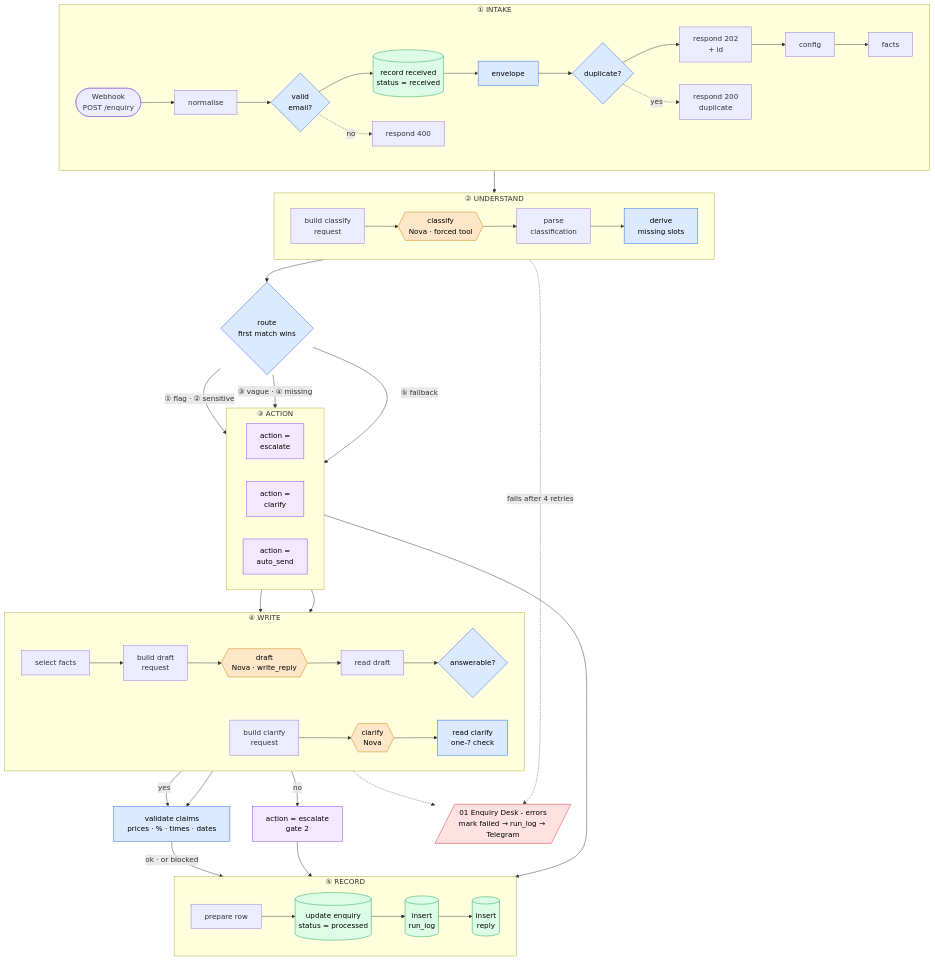
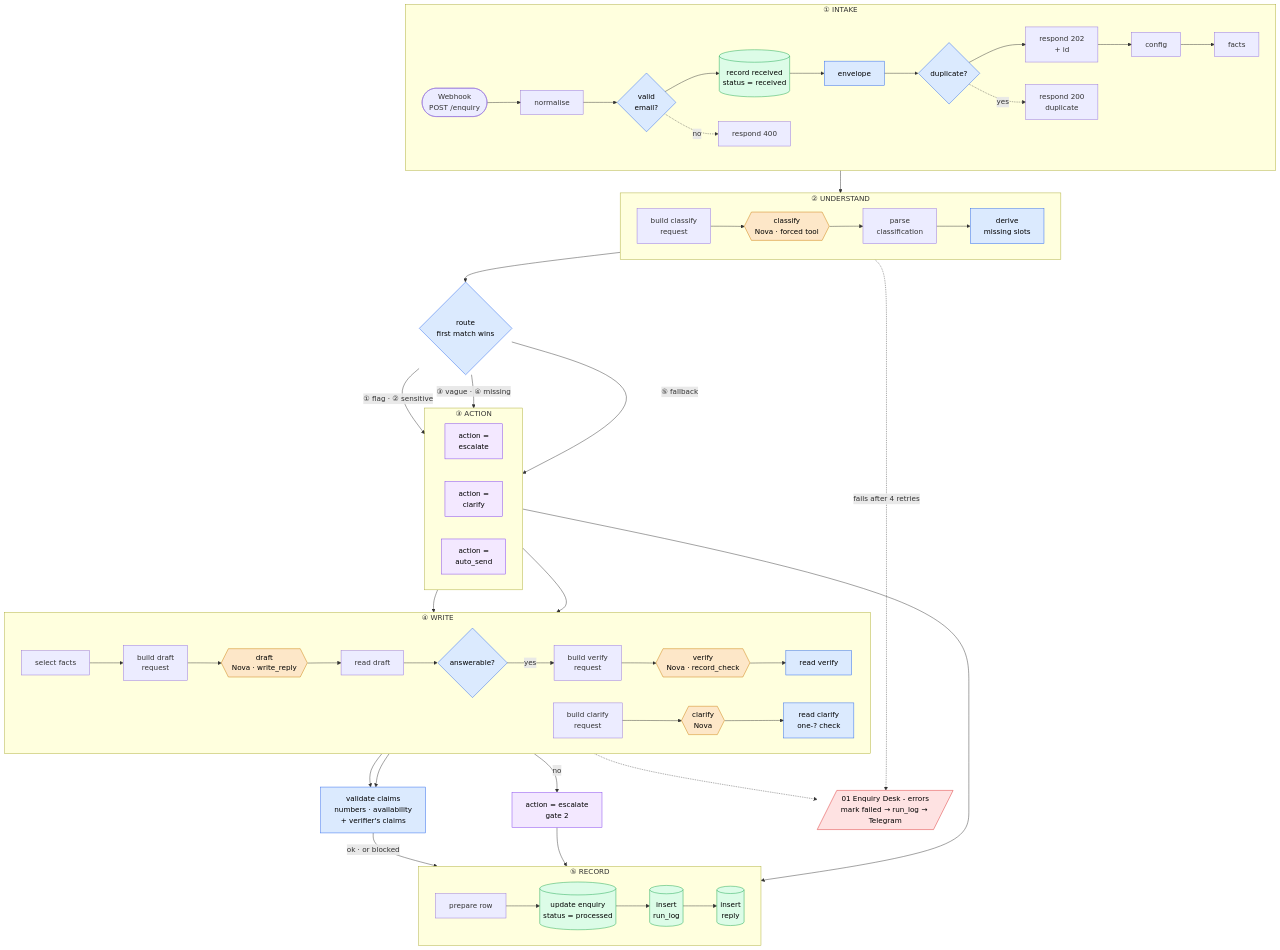
The diagram in STATE.md (deeowemez/enquiry-desk), drawn with Mermaid before and after one commit. The commit also changed other lines of this file and 3 other files, not shown here.

First line of the commit message:
Close the free-text claims gap: verifier model + availability backstop; relabel t22

````diff
--- a/STATE.md
+++ b/STATE.md
@@ -34,66 +34,68 @@
 ```mermaid
 flowchart TB
   subgraph S1["① INTAKE"]
     direction LR
     W([Webhook<br/>POST /enquiry]) --> N[normalise] --> VE{valid<br/>email?} --> RR[(record received<br/>status = received)] --> EN[envelope] --> DU{duplicate?} --> OK[respond 202<br/>+ id] --> CFG[config] --> F[facts]
     VE -. no .-> R4[respond 400]
     DU -. yes .-> R2[respond 200<br/>duplicate]
   end
 
   subgraph S2["② UNDERSTAND"]
     direction LR
     BC[build classify<br/>request] --> C{{classify<br/>Nova · forced tool}} --> PC[parse<br/>classification] --> D[derive<br/>missing slots]
   end
 
   R{route<br/>first match wins}
 
   subgraph S3["③ ACTION"]
     direction LR
     E[action =<br/>escalate]
     Q[action =<br/>clarify]
     A[action =<br/>auto_send]
   end
 
   subgraph S4["④ WRITE"]
     direction LR
     SF[select facts] --> BD[build draft<br/>request] --> DR{{draft<br/>Nova · write_reply}} --> RD[read draft] --> G{answerable?}
+    VB[build verify<br/>request] --> VF{{verify<br/>Nova · record_check}} --> VR[read verify]
     BQ[build clarify<br/>request] --> CL{{clarify<br/>Nova}} --> RQ[read clarify<br/>one-? check]
   end
 
-  V[validate claims<br/>prices · % · times · dates]
+  V[validate claims<br/>numbers · availability<br/>+ verifier's claims]
   E2[action = escalate<br/>gate 2]
 
   subgraph S5["⑤ RECORD"]
     direction LR
     P[prepare row] --> IE[(update enquiry<br/>status = processed)] --> RL[(insert<br/>run_log)] --> RP[(insert<br/>reply)]
   end
 
   X[/"01 Enquiry Desk - errors<br/>mark failed → run_log → Telegram"/]
 
   F --> BC
   D --> R
   R -- "① flag · ② sensitive" --> E
   R -- "③ vague · ④ missing" --> Q
   R -- "⑤ fallback" --> A
   A --> SF
   Q --> BQ
-  G -- "yes" --> V
+  G -- "yes" --> VB
+  VR --> V
   G -- "no" --> E2
   RQ --> V
   V -- "ok · or blocked" --> P
   E --> P
   E2 --> P
   C -. "fails after 4 retries" .-> X
   DR -.-> X
 
   classDef model fill:#fde7c8,stroke:#c97a00,color:#000
   classDef code fill:#dbeafe,stroke:#2563eb,color:#000
   classDef db fill:#dcfce7,stroke:#16a34a,color:#000
   classDef act fill:#f3e8ff,stroke:#7c3aed,color:#000
   classDef gap fill:#fee2e2,stroke:#dc2626,color:#000
-  class C,DR,CL model
-  class D,R,G,V,RQ,EN,VE,DU code
+  class C,DR,CL,VF model
+  class D,R,G,V,RQ,EN,VE,DU,VR code
   class RR,IE,RL,RP db
   class E,Q,A,E2 act
   class X gap
 ```
````
